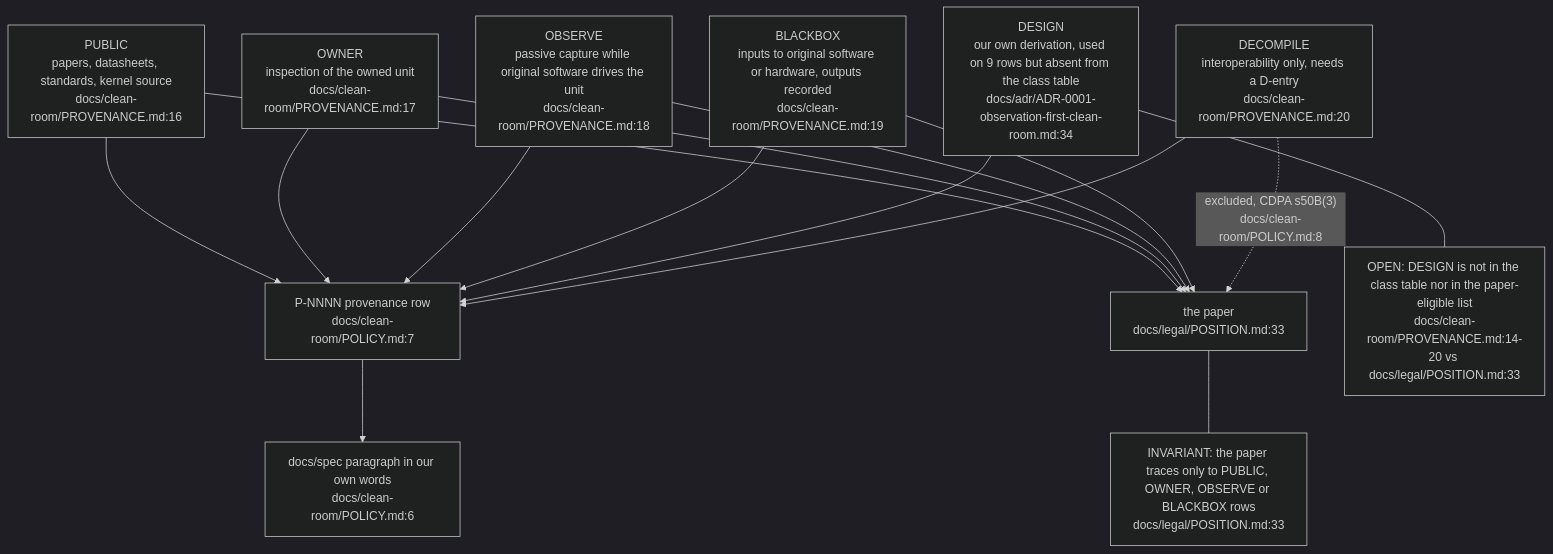
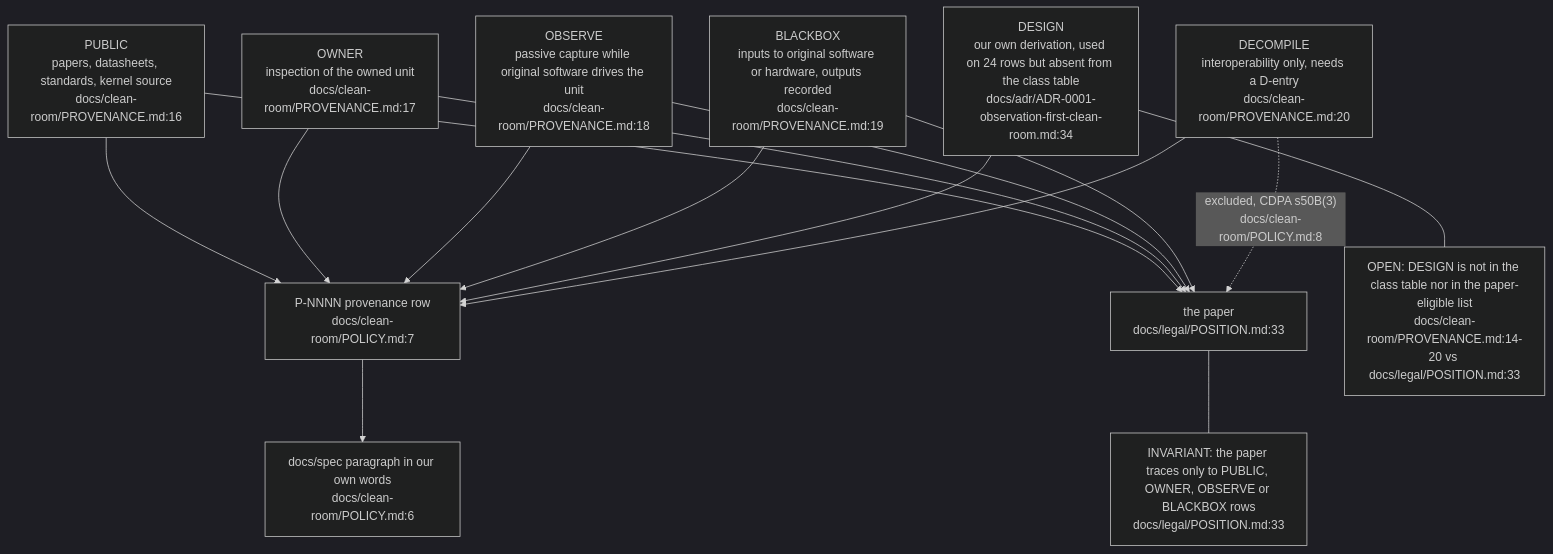
One commit to DreamLab-AI/VisionFlow changed the first of 4 diagrams in docs/diagrams/visiontouch-rs/01-clean-room-method-and-provenance.md. Above: the diagram before and after it, drawn with Mermaid (dark theme). The commit also changed other lines of this file and 160 other files, not shown here.

````diff
--- a/docs/diagrams/visiontouch-rs/01-clean-room-method-and-provenance.md
+++ b/docs/diagrams/visiontouch-rs/01-clean-room-method-and-provenance.md
@@ -33,28 +33,28 @@
 ```mermaid
 flowchart TB
     PUB["PUBLIC<br/>papers, datasheets, standards, kernel source<br/>docs/clean-room/PROVENANCE.md:16"]
     OWN["OWNER<br/>inspection of the owned unit<br/>docs/clean-room/PROVENANCE.md:17"]
     OBS["OBSERVE<br/>passive capture while original software drives the unit<br/>docs/clean-room/PROVENANCE.md:18"]
     BLK["BLACKBOX<br/>inputs to original software or hardware, outputs recorded<br/>docs/clean-room/PROVENANCE.md:19"]
-    DES["DESIGN<br/>our own derivation, used on 9 rows but absent from the class table<br/>docs/adr/ADR-0001-observation-first-clean-room.md:34"]
+    DES["DESIGN<br/>our own derivation, used on 24 rows but absent from the class table<br/>docs/adr/ADR-0001-observation-first-clean-room.md:34"]
     DEC["DECOMPILE<br/>interoperability only, needs a D-entry<br/>docs/clean-room/PROVENANCE.md:20"]
     ROW["P-NNNN provenance row<br/>docs/clean-room/POLICY.md:7"]
     SPEC["docs/spec paragraph in our own words<br/>docs/clean-room/POLICY.md:6"]
     PAPER["the paper<br/>docs/legal/POSITION.md:33"]
     PUB --> ROW
     OWN --> ROW
     OBS --> ROW
     BLK --> ROW
     DES --> ROW
     DEC --> ROW
     ROW --> SPEC
     PUB --> PAPER
     OWN --> PAPER
     OBS --> PAPER
     BLK --> PAPER
     DEC -. "excluded, CDPA s50B(3)<br/>docs/clean-room/POLICY.md:8" .-> PAPER
     N1["INVARIANT: the paper traces only to PUBLIC, OWNER, OBSERVE or BLACKBOX rows<br/>docs/legal/POSITION.md:33"]
     N2["OPEN: DESIGN is not in the class table nor in the paper-eligible list<br/>docs/clean-room/PROVENANCE.md:14-20 vs docs/legal/POSITION.md:33"]
     DES --- N2
     PAPER --- N1
 ```
````
